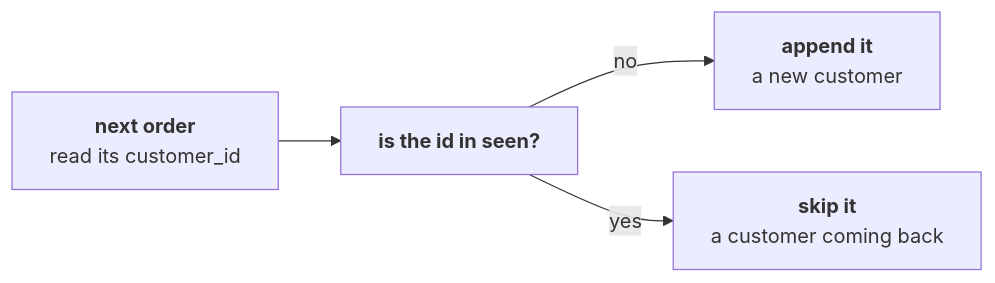
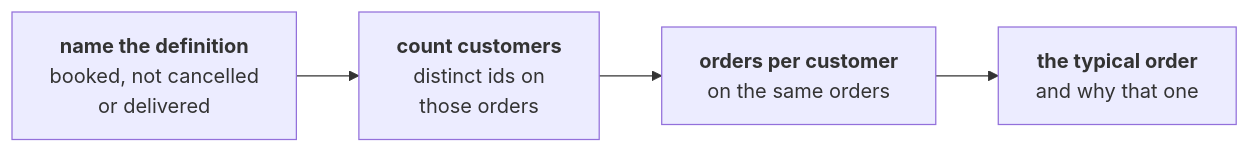
One commit to fde-academy-lab/c2-content-factory changed the second of 11 diagrams in content/W01/D1/slides/C2_W01_D01_half2_STUDENT.md. Above: the diagram before and after it, drawn with Mermaid. The commit also changed other lines of this file and 1 other file, not shown here.

````diff
--- a/content/W01/D1/slides/C2_W01_D01_half2_STUDENT.md
+++ b/content/W01/D1/slides/C2_W01_D01_half2_STUDENT.md
@@ -59,6 +82,6 @@
 ```mermaid
 flowchart LR
-    O["<b>next order</b><br/>read its customer_id"] --> Q["<b>is the id in seen?</b>"]
-    Q -->|"no"| A["<b>append it</b><br/>a new customer"]
-    Q -->|"yes"| S["<b>skip it</b><br/>a customer coming back"]
+    A["<b>name the definition</b><br/>booked, not cancelled<br/>or delivered"] --> C["<b>count customers</b><br/>distinct ids on<br/>those orders"]
+    C --> D["<b>orders per customer</b><br/>on the same orders"]
+    D --> E["<b>the typical order</b><br/>and why that one"]
 ```
````
